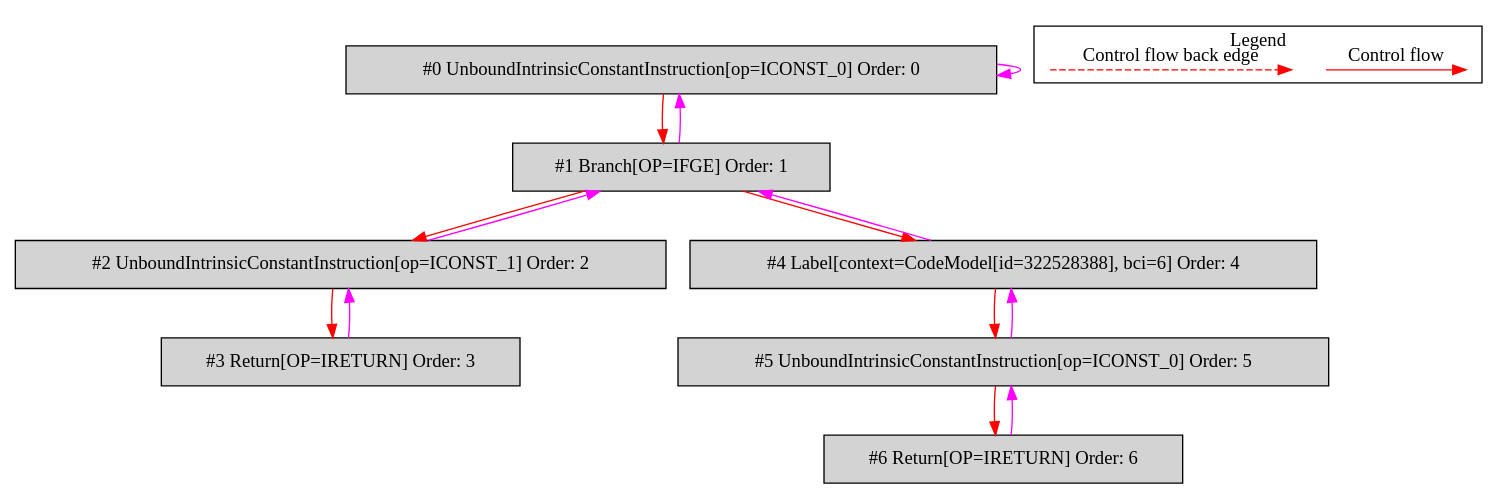
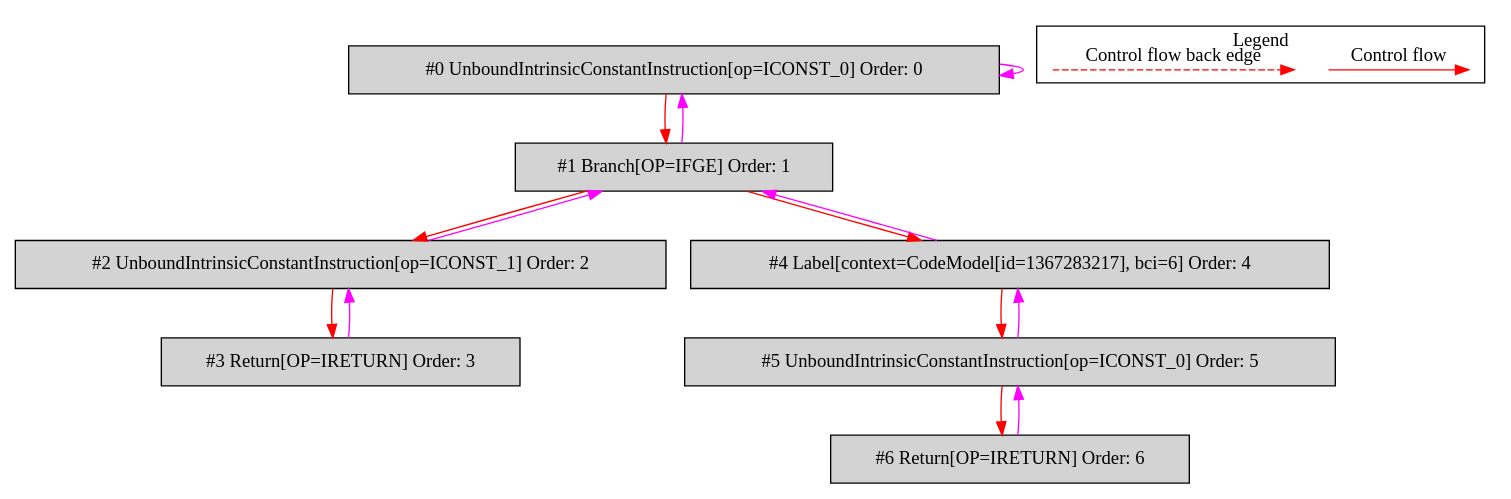
One commit to mirkosertic/MetaIR changed the diagram in de.mirkosertic.metair.ir.OpcodeIFGETest/test_IFGE/bytecodecfg.dot. Above: the diagram before and after it, drawn with Graphviz. The commit also changed 636 other files, not shown here.

```diff
--- a/de.mirkosertic.metair.ir.OpcodeIFGETest/test_IFGE/bytecodecfg.dot
+++ b/de.mirkosertic.metair.ir.OpcodeIFGETest/test_IFGE/bytecodecfg.dot
@@ -1,37 +1,37 @@
 digraph {
  ordering="in";
  node0[label="#0 UnboundIntrinsicConstantInstruction[op=ICONST_0] Order: 0", shape=box, fillcolor=lightgrey, style=filled];
  node1[label="#1 Branch[OP=IFGE] Order: 1", shape=box, fillcolor=lightgrey, style=filled];
  node2[label="#2 UnboundIntrinsicConstantInstruction[op=ICONST_1] Order: 2", shape=box, fillcolor=lightgrey, style=filled];
  node3[label="#3 Return[OP=IRETURN] Order: 3", shape=box, fillcolor=lightgrey, style=filled];
- node4[label="#4 Label[context=CodeModel[id=322528388], bci=6] Order: 4", shape=box, fillcolor=lightgrey, style=filled];
+ node4[label="#4 Label[context=CodeModel[id=1367283217], bci=6] Order: 4", shape=box, fillcolor=lightgrey, style=filled];
  node5[label="#5 UnboundIntrinsicConstantInstruction[op=ICONST_0] Order: 5", shape=box, fillcolor=lightgrey, style=filled];
  node6[label="#6 Return[OP=IRETURN] Order: 6", shape=box, fillcolor=lightgrey, style=filled];
  node0 -> node0[color=fuchsia];
  node0 -> node1[color=red];
  node1 -> node0[color=fuchsia];
  node1 -> node2[color=red];
  node2 -> node1[color=fuchsia];
  node2 -> node3[color=red];
  node3 -> node2[color=fuchsia];
  node1 -> node4[color=red];
  node4 -> node1[color=fuchsia];
  node4 -> node5[color=red];
  node5 -> node4[color=fuchsia];
  node5 -> node6[color=red];
  node6 -> node5[color=fuchsia];
  subgraph cluster_000 {
   label = "Legend";
   node [shape=point]
   {
    rank=same;
    c0 [style = invis];
    c1 [style = invis];
    c2 [style = invis];
    c3 [style = invis];
   }
   c0 -> c1 [label="Control flow", style=solid, color=red]
   c2 -> c3 [label="Control flow back edge", style=dashed, color=red]
  }
 
 }
```
